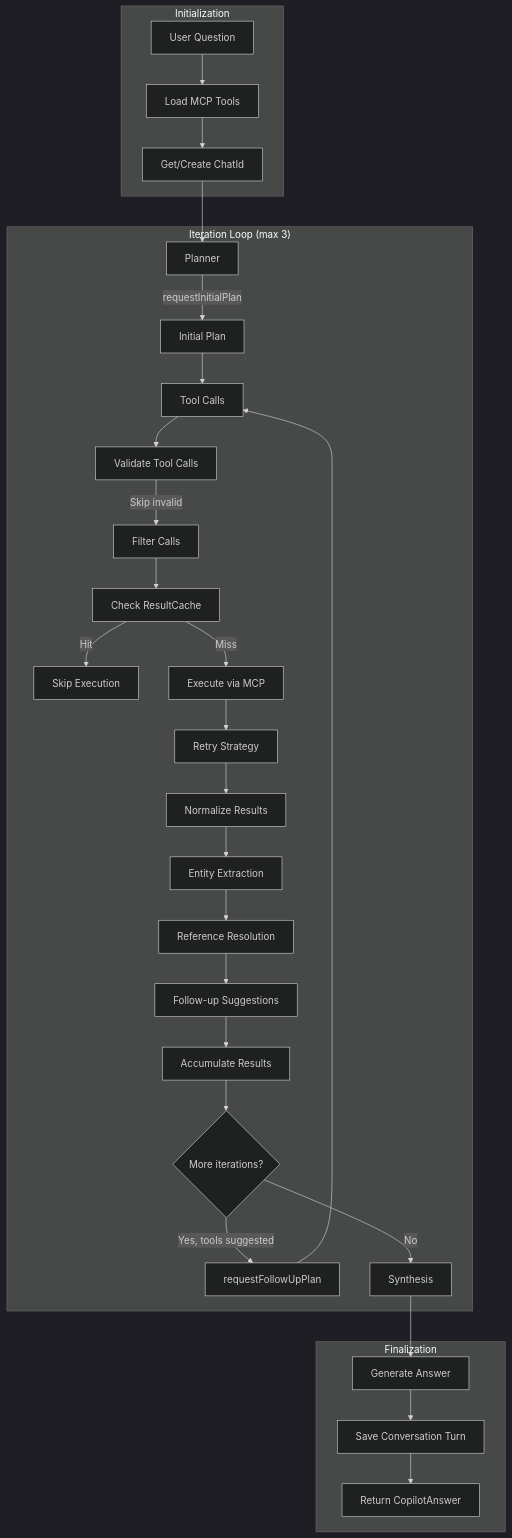
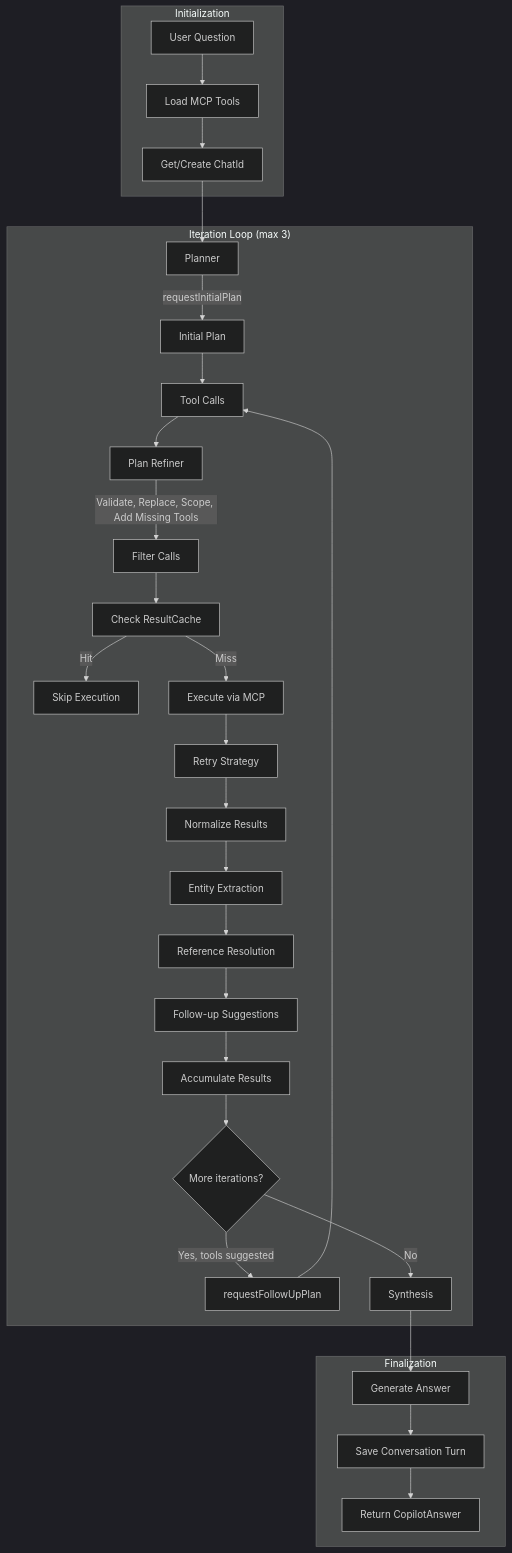
One commit to OpsOrch/opsorch-copilot changed the third of 3 diagrams in DESIGN.md. Above: the diagram before and after it, drawn with Mermaid (dark theme). The commit also changed other lines of this file, not shown here.

````diff
--- a/DESIGN.md
+++ b/DESIGN.md
@@ -123,34 +125,34 @@
 ```mermaid
 flowchart TD
     subgraph Init["Initialization"]
         Q[User Question] --> LT[Load MCP Tools]
         LT --> GC[Get/Create ChatId]
     end
 
     subgraph Loop["Iteration Loop (max 3)"]
         GC --> P[Planner]
         P -->|requestInitialPlan| IP[Initial Plan]
         IP --> TC[Tool Calls]
-        TC --> VAL[Validate Tool Calls]
-        VAL -->|Skip invalid| FC[Filter Calls]
+        TC --> PR[Plan Refiner]
+        PR -->|Validate, Replace, Scope, Add Missing Tools| FC[Filter Calls]
         FC --> CACHE[Check ResultCache]
         CACHE -->|Hit| SKIP[Skip Execution]
         CACHE -->|Miss| EXEC[Execute via MCP]
         EXEC --> RET[Retry Strategy]
         RET --> NORM[Normalize Results]
         NORM --> EE[Entity Extraction]
         EE --> REF[Reference Resolution]
         REF --> FU[Follow-up Suggestions]
         FU --> ACC[Accumulate Results]
         ACC --> CHECK{More iterations?}
         CHECK -->|Yes, tools suggested| FP[requestFollowUpPlan]
         FP --> TC
         CHECK -->|No| SYN[Synthesis]
     end
 
     subgraph Finalize["Finalization"]
         SYN --> ANS[Generate Answer]
         ANS --> SAVE[Save Conversation Turn]
         SAVE --> RET2[Return CopilotAnswer]
     end
 ```
````
